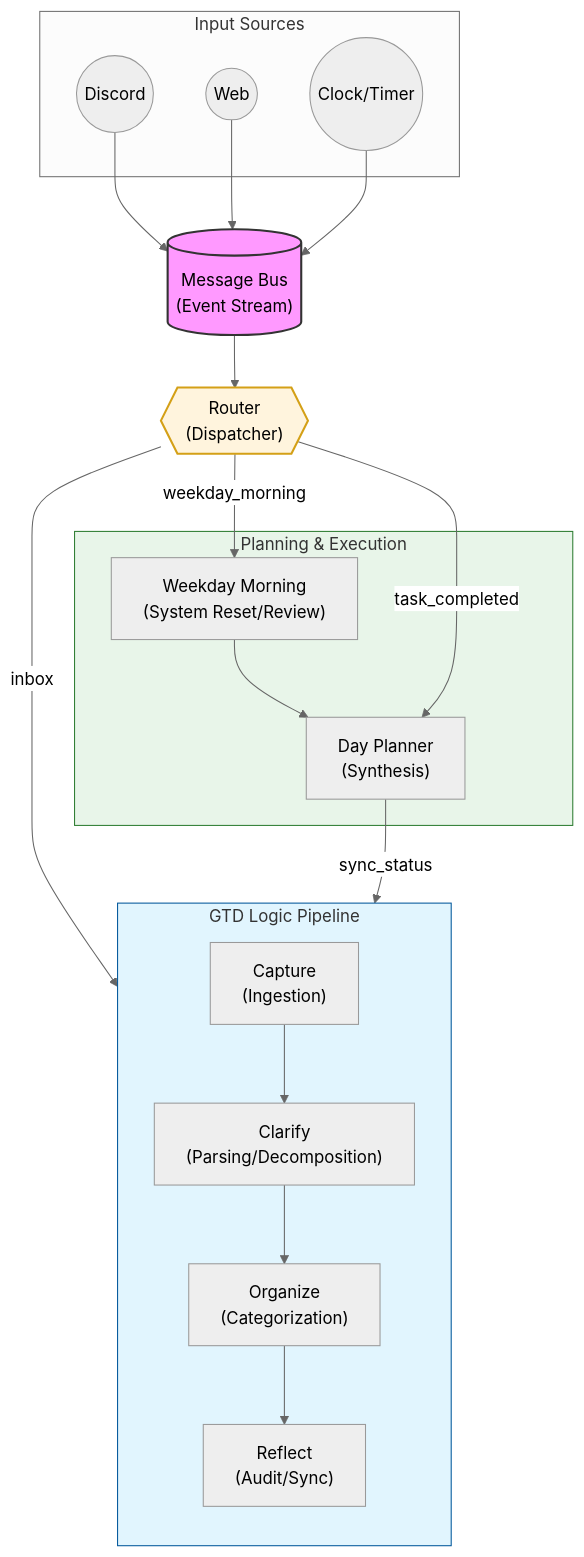
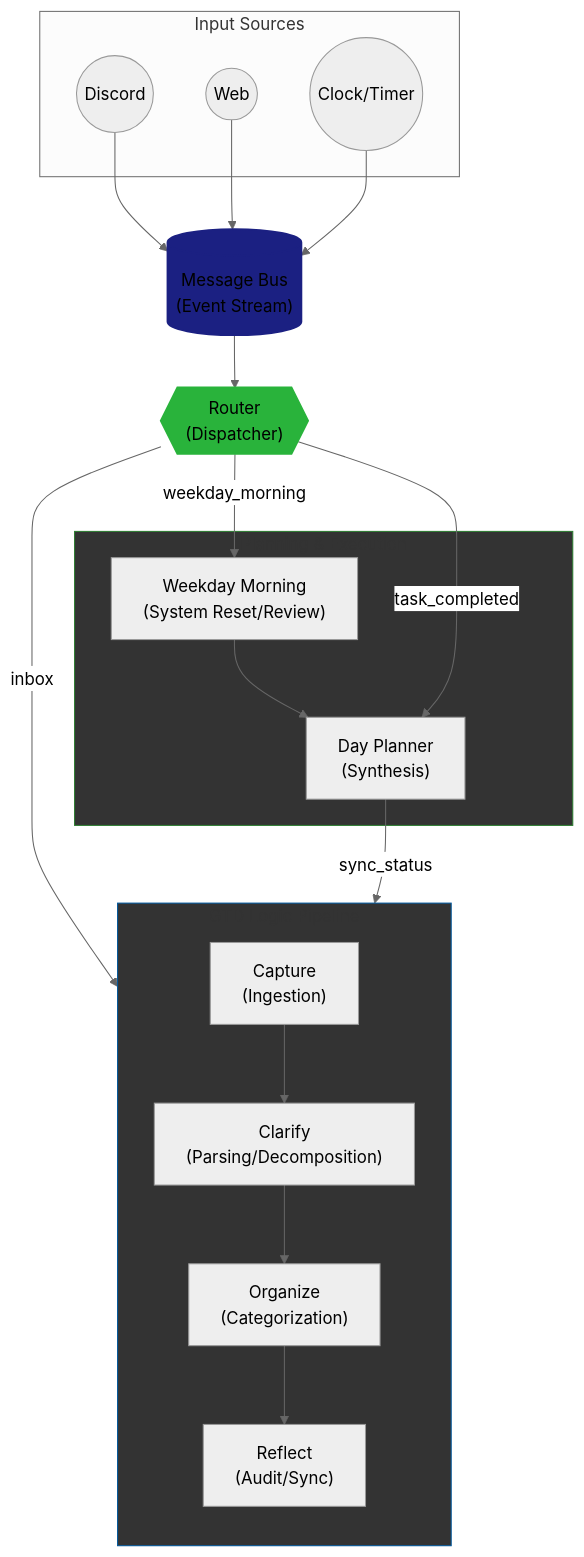
Before and after one commit to GeorgeLautenschlager/Happy-Hive: the diagram in graph.md, drawn with Mermaid (neutral theme). The commit also changed 1 other file, not shown here.

Commit message:
An astounding amount of time on houekeeping

````diff
--- a/graph.md
+++ b/graph.md
@@ -1,58 +1,58 @@
 ```mermaid
 graph TD
     %% Input Layer (The Producers)
     subgraph Inputs [Input Sources]
         Discord((Discord))
         Web((Web))
         Clock((Clock/Timer))
     end
 
     %% Communication Layer
     MessageBus[("Message Bus<br/>(Event Stream)")]
 
     %% Decision Layer
     Router{{"Router<br/>(Dispatcher)"}}
 
     %% The GTD Processing Pipeline (The Workers)
     subgraph GTDPipeline [GTD Logic Pipeline]
         direction TB
         Capture["Capture<br/>(Ingestion)"]
         Clarify["Clarify<br/>(Parsing/Decomposition)"]
         Organize["Organize<br/>(Categorization)"]
         Reflect["Reflect<br/>(Audit/Sync)"]
 
         Capture --> Clarify
         Clarify --> Organize
         Organize --> Reflect
     end
 
     %% The Planning Layer (The Macro-Loop)
     subgraph Planning [Planning & Execution]
         DayPlan["Day Planner<br/>(Synthesis)"]
         WeekdayMorning["Weekday Morning<br/>(System Reset/Review)"]
     end
 
     %% Connections
     Discord --> MessageBus
     Web --> MessageBus
     Clock --> MessageBus
 
     MessageBus --> Router
 
     %% Routing Logic: GTD Flow
     Router -- "inbox" --> Capture
-    
+
     %% Routing Logic: Planning Flow
     Router -- "weekday_morning" --> WeekdayMorning
     WeekdayMorning --> DayPlan
-    
+
     %% Routing Logic: Completion & Execution
     Router -- "task_completed" --> DayPlan
     DayPlan -- "sync_status" --> Organize
 
     %% Styling
-    style MessageBus fill:#f9f,stroke:#333,stroke-width:2px
-    style Router fill:#fff4dd,stroke:#d4a017,stroke-width:2px
-    style GTDPipeline fill:#e1f5fe,stroke:#01579b
-    style Planning fill:#e8f5e9,stroke:#2e7d32
+    style MessageBus fill:#1b2082,stroke:#1b2082,stroke-width:2px
+    style Router fill:#29b33b,stroke:#29b33b,stroke-width:2px
+    style GTDPipeline fill:#333,stroke:#01579b
+    style Planning fill:#333,stroke:#2e7d32
 ```
````
